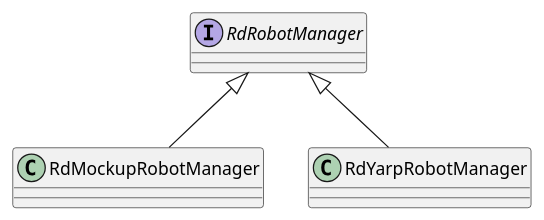
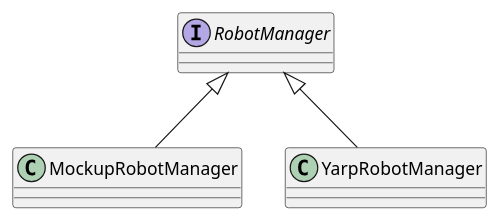
The first of 3 diagrams in en/robot-management.md (asrob-uc3m/robotDevastation-developer-manual), drawn with PlantUML before and after one commit. The commit also changed other lines of this file and 9 other files, not shown here.

```diff
--- a/en/robot-management.md
+++ b/en/robot-management.md
@@ -12,9 +12,9 @@
 {% plantuml %}
-interface RdRobotManager
+interface RobotManager
 
-Class RdMockupRobotManager
-Class RdYarpRobotManager
+Class MockupRobotManager
+Class YarpRobotManager
 
-RdRobotManager <|-- RdMockupRobotManager
-RdRobotManager <|-- RdYarpRobotManager
+RobotManager <|-- MockupRobotManager
+RobotManager <|-- YarpRobotManager
 {% endplantuml %}
```
